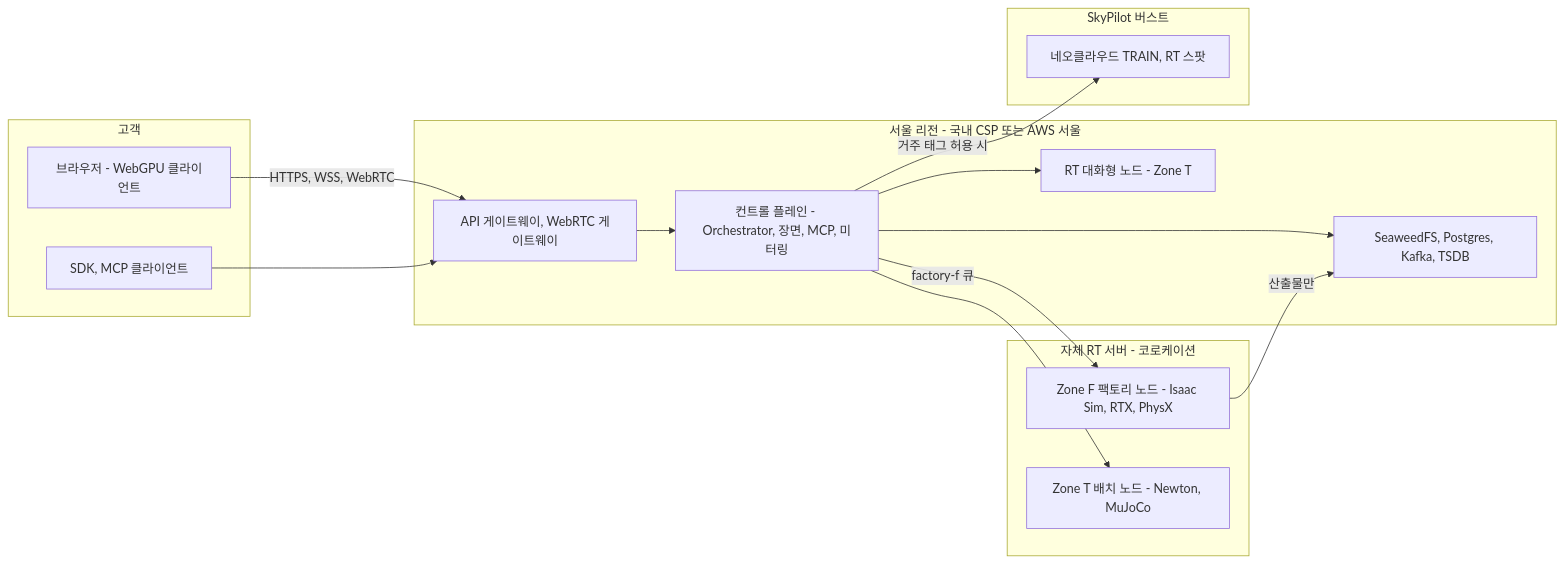
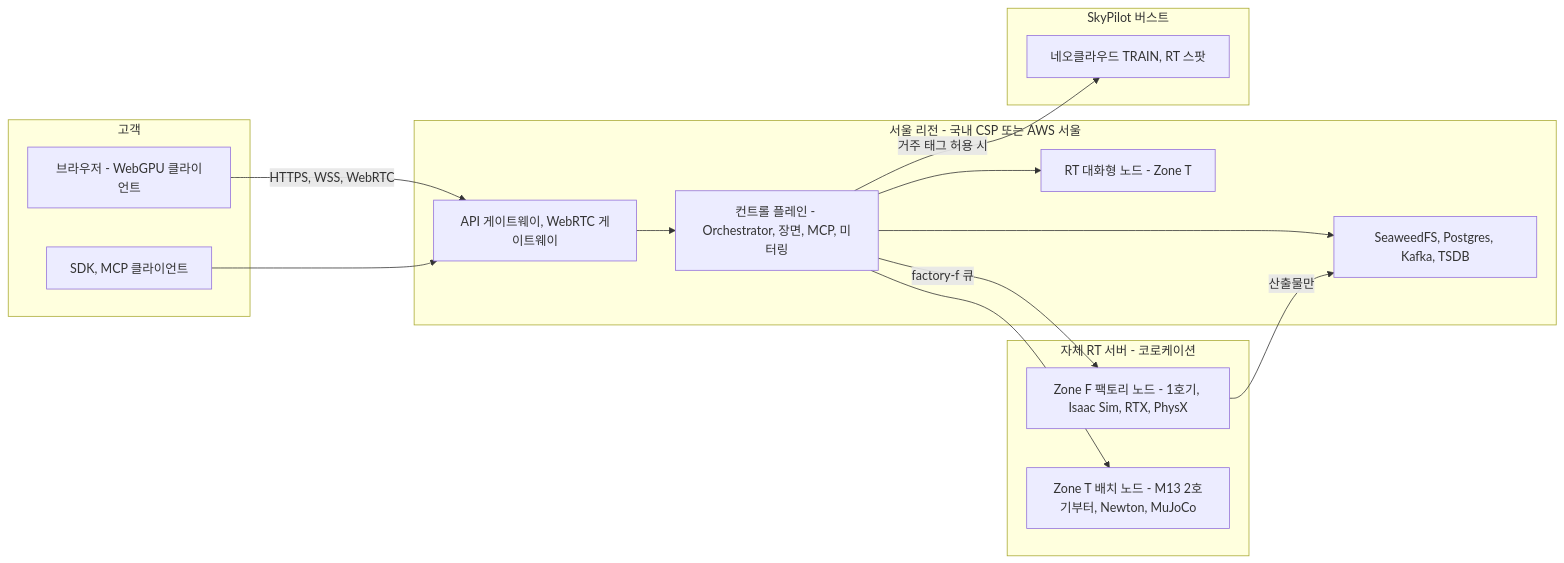
Before and after one commit to ouremployeeces-ship-it/AIResearch: the ninth of 13 diagrams in docs/digital-twin-platform/04-system-architecture.md, drawn with Mermaid. The commit also changed other lines of this file and 14 other files, not shown here.

````diff
--- a/docs/digital-twin-platform/04-system-architecture.md
+++ b/docs/digital-twin-platform/04-system-architecture.md
@@ -1691,29 +1779,29 @@
 ```mermaid
 flowchart LR
     subgraph USR["고객"]
         BRW["브라우저 - WebGPU 클라이언트"]
         SDKC["SDK, MCP 클라이언트"]
     end
     subgraph SEOUL["서울 리전 - 국내 CSP 또는 AWS 서울"]
         EGW["API 게이트웨이, WebRTC 게이트웨이"]
         CPL["컨트롤 플레인 - Orchestrator, 장면, MCP, 미터링"]
         RTI["RT 대화형 노드 - Zone T"]
         DATA1["SeaweedFS, Postgres, Kafka, TSDB"]
     end
     subgraph COLO["자체 RT 서버 - 코로케이션"]
-        ZF["Zone F 팩토리 노드 - Isaac Sim, RTX, PhysX"]
-        ZT["Zone T 배치 노드 - Newton, MuJoCo"]
+        ZF["Zone F 팩토리 노드 - 1호기, Isaac Sim, RTX, PhysX"]
+        ZT["Zone T 배치 노드 - M13 2호기부터, Newton, MuJoCo"]
     end
     subgraph BURST["SkyPilot 버스트"]
         NEO["네오클라우드 TRAIN, RT 스팟"]
     end
     BRW -->|"HTTPS, WSS, WebRTC"| EGW
     SDKC --> EGW
     EGW --> CPL
     CPL --> RTI
     CPL --> ZT
     CPL -->|"factory-f 큐"| ZF
     CPL -->|"거주 태그 허용 시"| NEO
     CPL --> DATA1
     ZF -->|"산출물만"| DATA1
 ```
````
